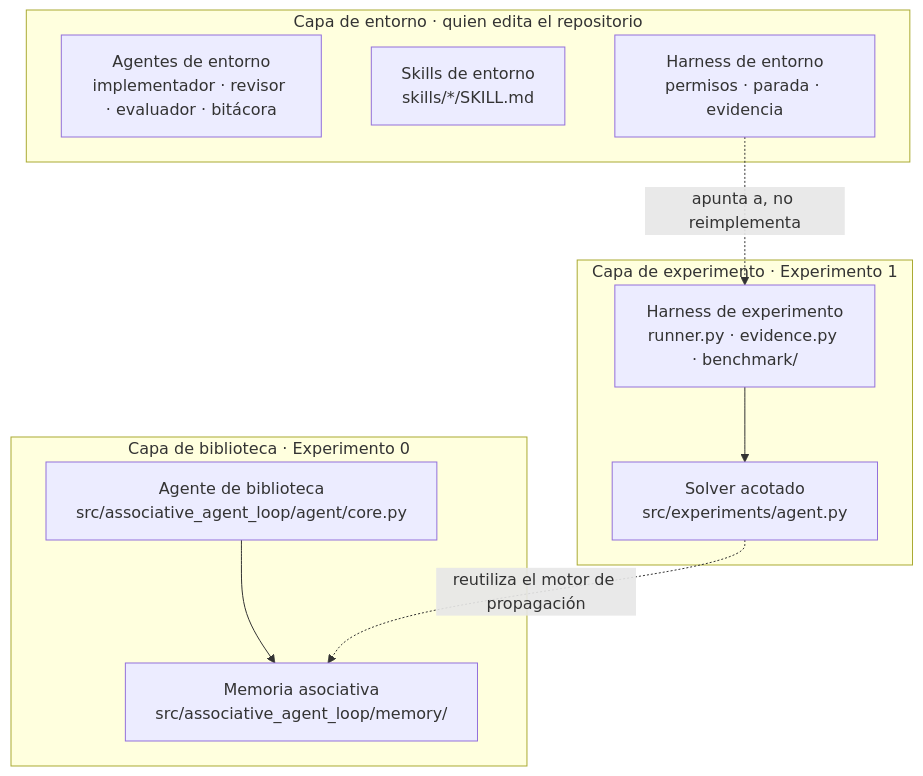
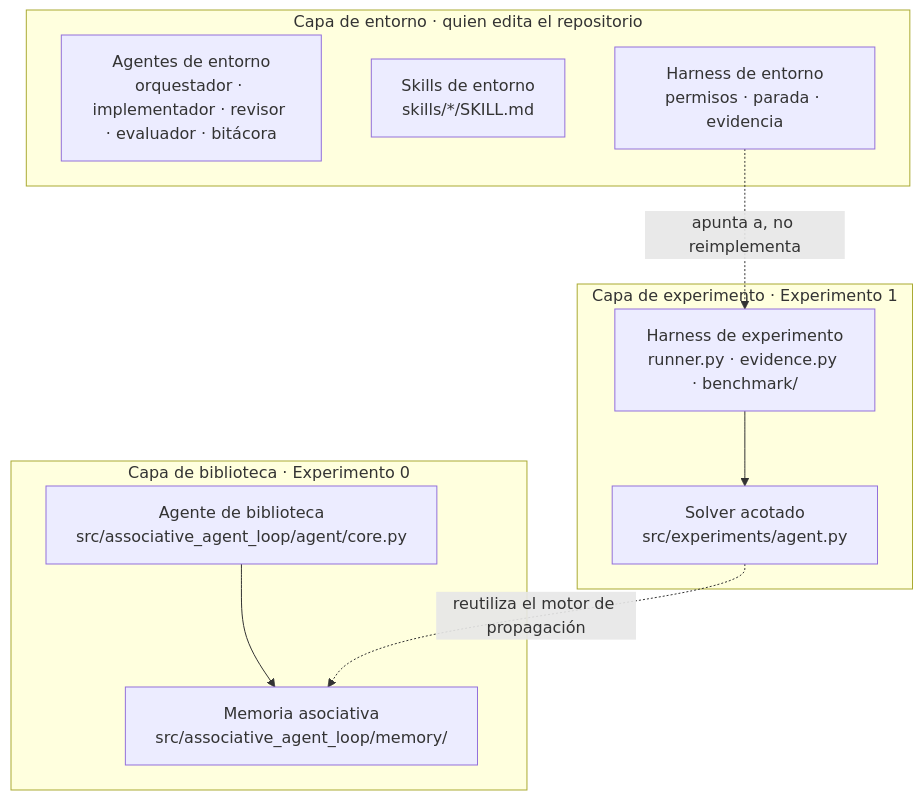
Before and after one commit to cherrera0001/Agents_Learning_Loops: the diagram in docs/entorno/README.md, drawn with Mermaid. The commit also changed other lines of this file and 11 other files, not shown here.

````diff
--- a/docs/entorno/README.md
+++ b/docs/entorno/README.md
@@ -9,20 +9,20 @@
 ```mermaid
 flowchart TB
     subgraph E["Capa de entorno · quien edita el repositorio"]
-        AG["Agentes de entorno<br/>implementador · revisor · evaluador · bitácora"]
+        AG["Agentes de entorno<br/>orquestador · implementador · revisor · evaluador · bitácora"]
         SK["Skills de entorno<br/>skills/*/SKILL.md"]
         HE["Harness de entorno<br/>permisos · parada · evidencia"]
     end
     subgraph X["Capa de experimento · Experimento 1"]
         SA["Solver acotado<br/>src/experiments/agent.py"]
         HX["Harness de experimento<br/>runner.py · evidence.py · benchmark/"]
     end
     subgraph B["Capa de biblioteca · Experimento 0"]
         AB["Agente de biblioteca<br/>src/associative_agent_loop/agent/core.py"]
         MEM["Memoria asociativa<br/>src/associative_agent_loop/memory/"]
     end
     HE -. "apunta a, no reimplementa" .-> HX
     HX --> SA
     AB --> MEM
     SA -. "reutiliza el motor de propagación" .-> MEM
 ```
````
